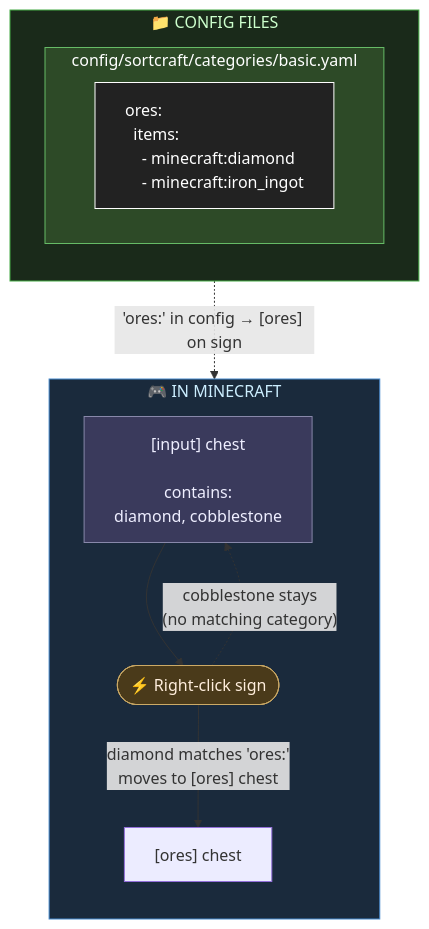
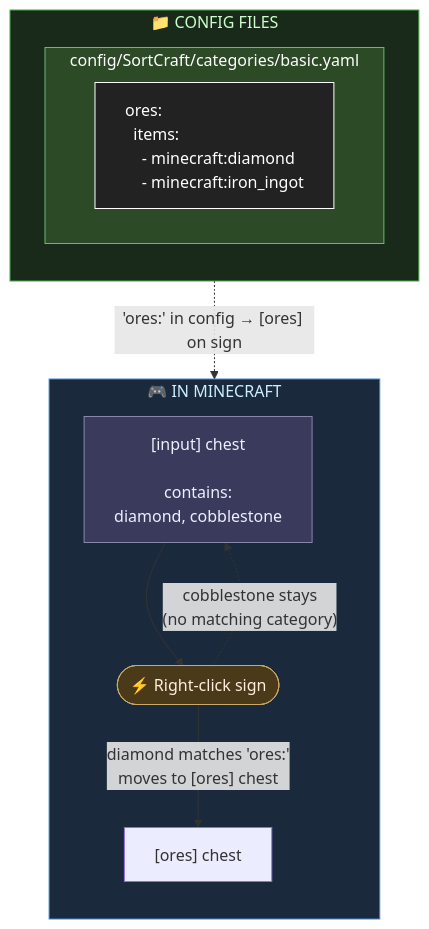
The diagram in README.md (Nayruden/sortcraft), drawn with Mermaid before and after one commit. The commit also changed other lines of this file, not shown here.

Commit message:
Update README.md to match expected directory

````diff
--- a/README.md
+++ b/README.md
@@ -20,28 +20,28 @@
 ```mermaid
 flowchart TB
     subgraph FILES["📁 CONFIG FILES"]
         direction TB
-        subgraph YAML["config/sortcraft/categories/basic.yaml"]
+        subgraph YAML["config/SortCraft/categories/basic.yaml"]
             C1["<div style='text-align:left'>ores:<br>&nbsp;&nbsp;items:<br>&nbsp;&nbsp;&nbsp;&nbsp;- minecraft:diamond<br>&nbsp;&nbsp;&nbsp;&nbsp;- minecraft:iron_ingot</div>"]
         end
     end
 
     subgraph GAME["🎮 IN MINECRAFT"]
         direction TB
         INPUT["[input] chest<br><br>contains:<br>diamond, cobblestone"]
         CLICK(["⚡ Right-click sign"])
         D1["[ores] chest"]
         INPUT --> CLICK
         CLICK -->|"diamond matches 'ores:'<br>moves to [ores] chest"| D1
         CLICK -.->|"cobblestone stays<br>(no matching category)"| INPUT
     end
 
     FILES -.->|"'ores:' in config → [ores] on sign"| GAME
 
     style C1 fill:#222,stroke:#fff,color:#fff
     style FILES fill:#1a2a1a,stroke:#4a4,color:#cfc
     style YAML fill:#2d4a27,stroke:#6b6,color:#fff
     style GAME fill:#1a2a3c,stroke:#48c,color:#cef
     style CLICK fill:#4a3a1a,stroke:#ca6,color:#fed
     style INPUT fill:#3a3a5c,stroke:#88a,color:#eef
 ```
````
